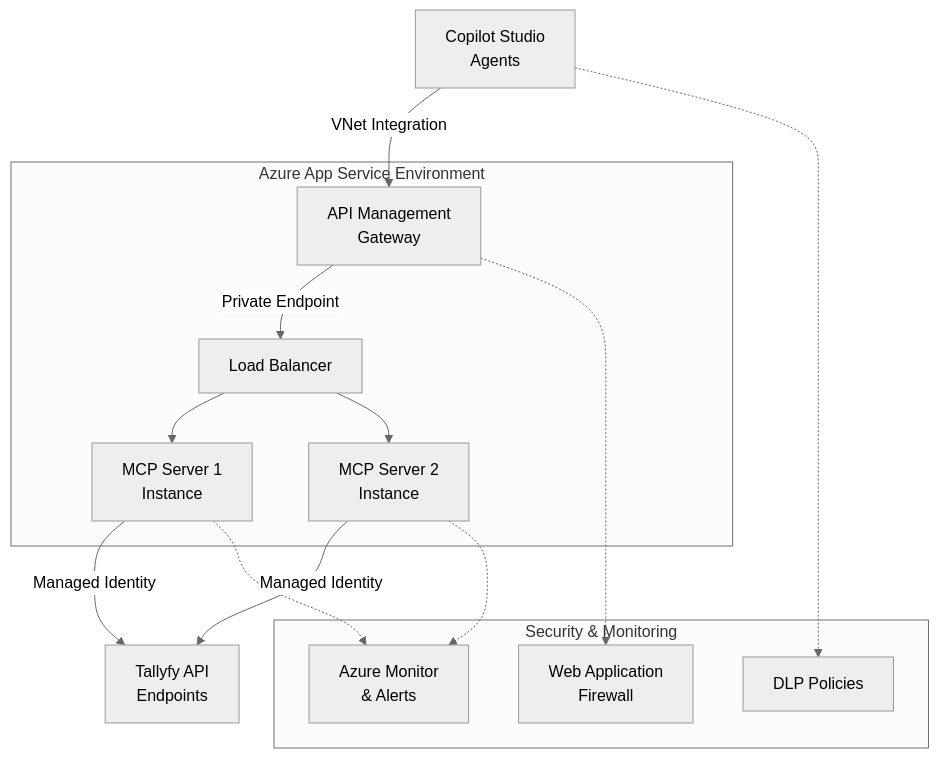
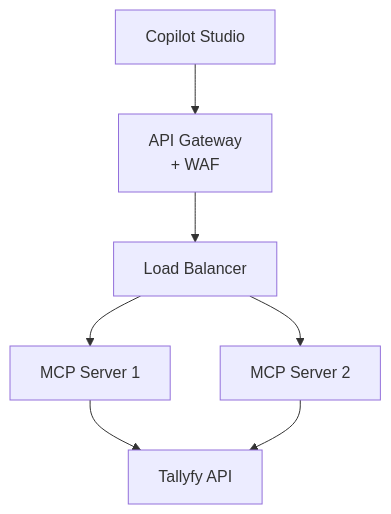
The third of 3 diagrams in src/content/docs/pro/integrations/mcp-server/microsoft-copilot-studio/index.mdx (tallyfy/documentation), drawn with Mermaid before and after one commit. The commit also changed 5 other files, not shown here.

First line of the commit message:
Fix remaining complex Mermaid diagrams for readability

````diff
--- a/src/content/docs/pro/integrations/mcp-server/microsoft-copilot-studio/index.mdx
+++ b/src/content/docs/pro/integrations/mcp-server/microsoft-copilot-studio/index.mdx
@@ -125,29 +125,14 @@
 ```mermaid
-%%{init: {'theme':'neutral'}}%%
 graph TB
-    CS[Copilot Studio<br/>Agents]
-    CS -->|VNet Integration| APIM[API Management<br/>Gateway]
+    Copilot[Copilot Studio] --> Gateway[API Gateway<br/>+ WAF]
+    Gateway --> LB[Load Balancer]
     
-    subgraph "Azure App Service Environment"
-        APIM -->|Private Endpoint| LB[Load Balancer]
-        LB --> MCP1[MCP Server 1<br/>Instance]
-        LB --> MCP2[MCP Server 2<br/>Instance]
-    end
+    LB --> MCP1[MCP Server 1]
+    LB --> MCP2[MCP Server 2]
     
-    MCP1 -->|Managed Identity| API[Tallyfy API<br/>Endpoints]
-    MCP2 -->|Managed Identity| API
-    
-    subgraph "Security & Monitoring"
-        WAF[Web Application<br/>Firewall]
-        DLP[DLP Policies]
-        MON[Azure Monitor<br/>& Alerts]
-    end
-    
-    APIM -.-> WAF
-    CS -.-> DLP
-    MCP1 -.-> MON
-    MCP2 -.-> MON
+    MCP1 --> API[Tallyfy API]
+    MCP2 --> API
     
     click API "/products/pro/integrations/open-api/" "API documentation"
-    click CS "#prerequisites" "Setup prerequisites"
+    click Copilot "#prerequisites" "Setup prerequisites"
 ```
````
